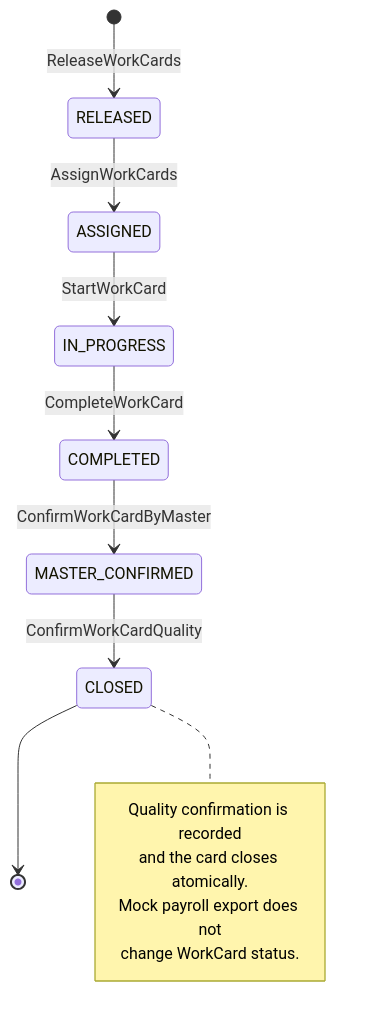
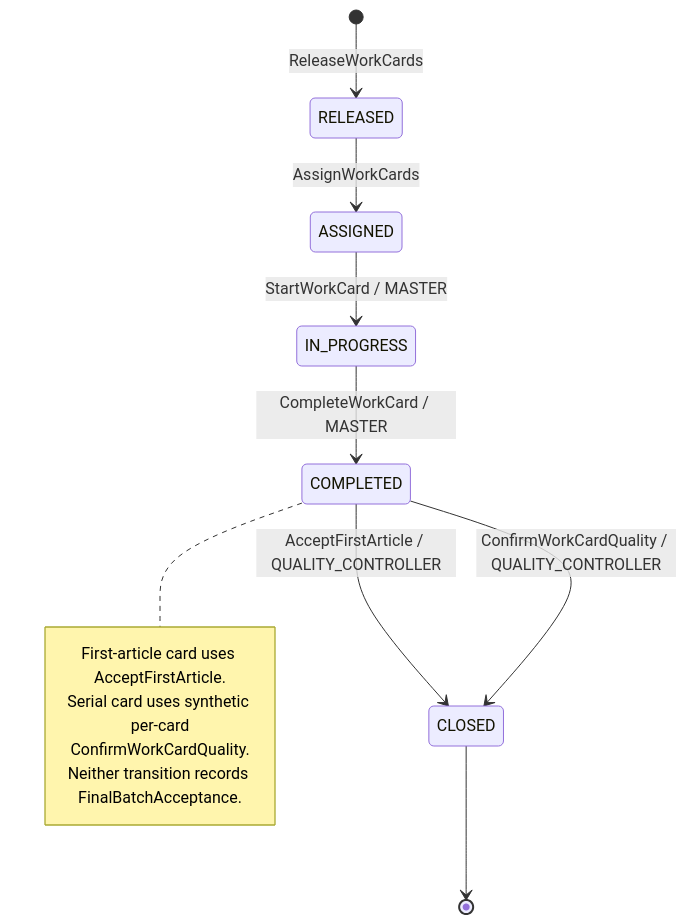
Before and after one commit to AI-shoks/WorkCard-Lifecycle: the first of 2 diagrams in WorkCard-Lifecycle/docs/domain/work-card-state-machine.md, drawn with Mermaid. The commit also changed other lines of this file and 29 other files, not shown here.

````diff
--- a/WorkCard-Lifecycle/docs/domain/work-card-state-machine.md
+++ b/WorkCard-Lifecycle/docs/domain/work-card-state-machine.md
@@ -15,17 +15,17 @@
 ```mermaid
 stateDiagram-v2
     [*] --> RELEASED: ReleaseWorkCards
     RELEASED --> ASSIGNED: AssignWorkCards
-    ASSIGNED --> IN_PROGRESS: StartWorkCard
-    IN_PROGRESS --> COMPLETED: CompleteWorkCard
-    COMPLETED --> MASTER_CONFIRMED: ConfirmWorkCardByMaster
-    MASTER_CONFIRMED --> CLOSED: ConfirmWorkCardQuality
+    ASSIGNED --> IN_PROGRESS: StartWorkCard / MASTER
+    IN_PROGRESS --> COMPLETED: CompleteWorkCard / MASTER
+    COMPLETED --> CLOSED: AcceptFirstArticle / QUALITY_CONTROLLER
+    COMPLETED --> CLOSED: ConfirmWorkCardQuality / QUALITY_CONTROLLER
     CLOSED --> [*]
 
-    note right of CLOSED
-      Quality confirmation is recorded
-      and the card closes atomically.
-      Mock payroll export does not
-      change WorkCard status.
+    note right of COMPLETED
+      First-article card uses AcceptFirstArticle.
+      Serial card uses synthetic per-card
+      ConfirmWorkCardQuality.
+      Neither transition records FinalBatchAcceptance.
     end note
 ```
````
